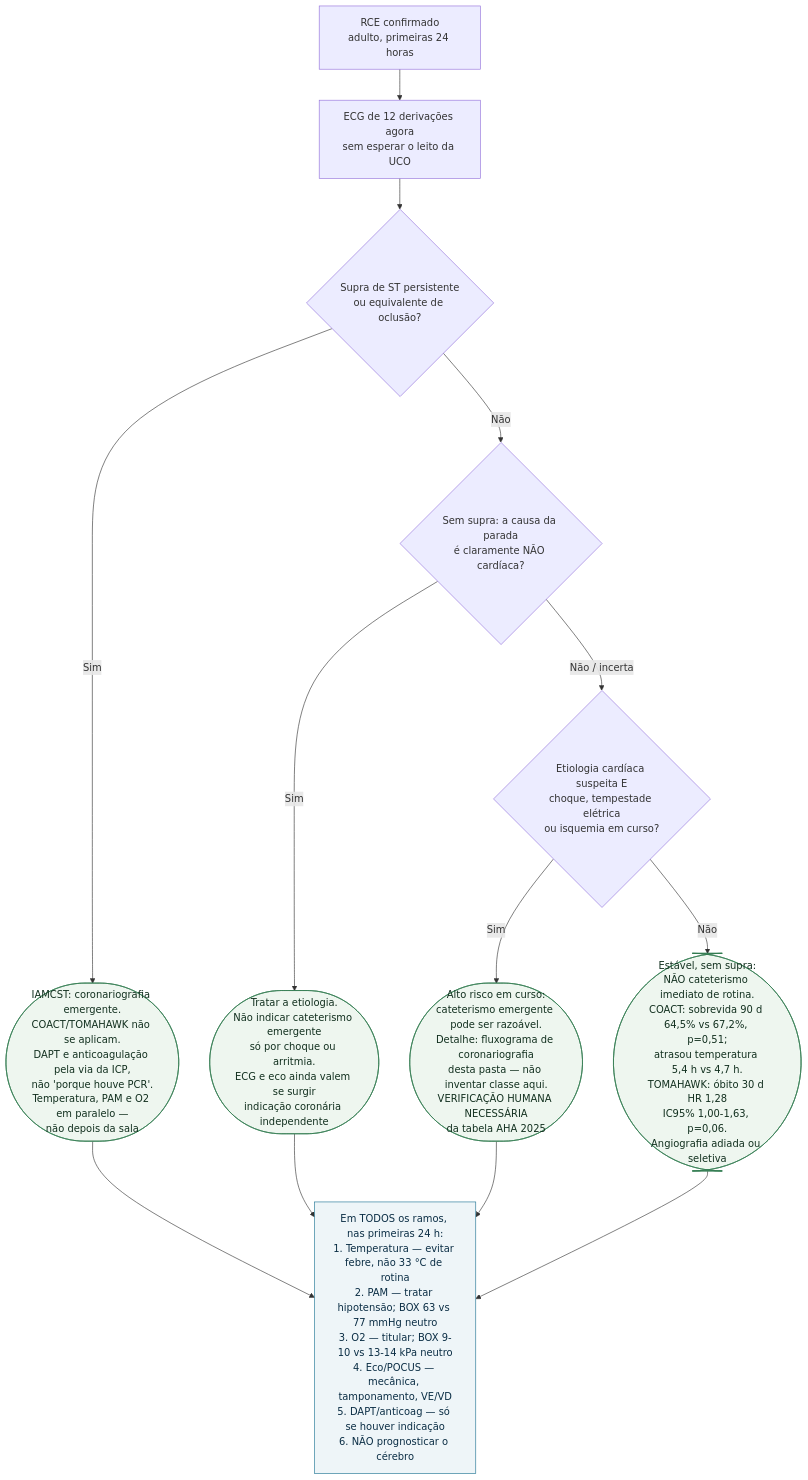
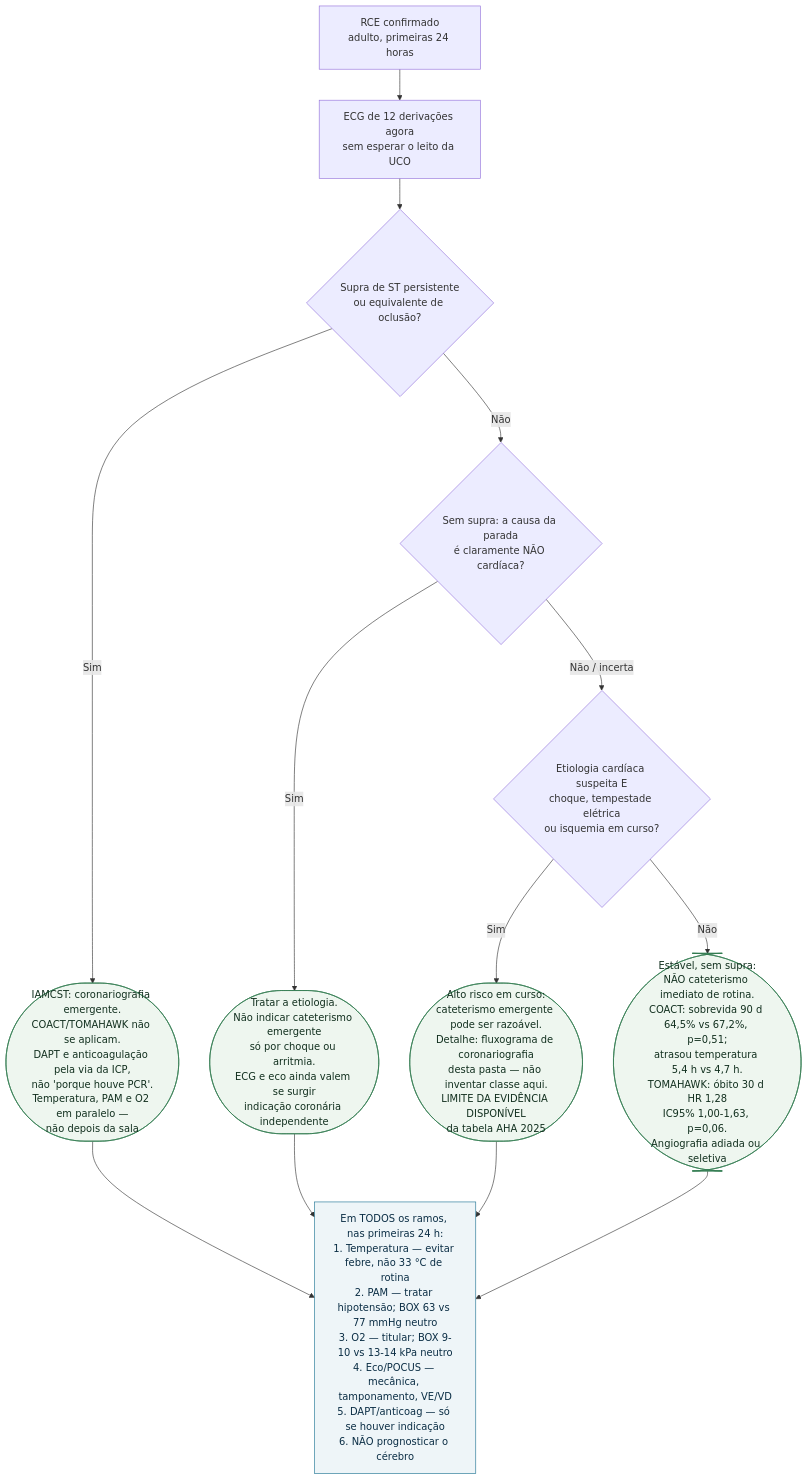
Before and after one commit to rafaelpaesmeirelles/MeuCardio: the first of 2 diagrams in content/Terapia_intensiva/fluxograma-pos-rosc-ecg-temperatura-pa-e-cateterismo.md, drawn with Mermaid. The commit also changed other lines of this file and 423 other files, not shown here.

````diff
--- a/content/Terapia_intensiva/fluxograma-pos-rosc-ecg-temperatura-pa-e-cateterismo.md
+++ b/content/Terapia_intensiva/fluxograma-pos-rosc-ecg-temperatura-pa-e-cateterismo.md
@@ -30,35 +30,35 @@
 ```mermaid
 flowchart TD
   R0["RCE confirmado<br/>adulto, primeiras 24 horas"]
   P1["ECG de 12 derivações agora<br/>sem esperar o leito da UCO"]
   D1{"Supra de ST persistente<br/>ou equivalente de oclusão?"}
 
   C_stemi(["IAMCST: coronariografia emergente.<br/>COACT/TOMAHAWK não se aplicam.<br/>DAPT e anticoagulação pela via da ICP,<br/>não 'porque houve PCR'.<br/>Temperatura, PAM e O2 em paralelo —<br/>não depois da sala"])
 
   D2{"Sem supra: a causa da parada<br/>é claramente NÃO cardíaca?"}
   C_nao(["Tratar a etiologia.<br/>Não indicar cateterismo emergente<br/>só por choque ou arritmia.<br/>ECG e eco ainda valem se surgir<br/>indicação coronária independente"])
 
   D3{"Etiologia cardíaca suspeita E<br/>choque, tempestade elétrica<br/>ou isquemia em curso?"}
-  C_alto(["Alto risco em curso:<br/>cateterismo emergente pode ser razoável.<br/>Detalhe: fluxograma de coronariografia<br/>desta pasta — não inventar classe aqui.<br/>VERIFICAÇÃO HUMANA NECESSÁRIA<br/>da tabela AHA 2025"])
+  C_alto(["Alto risco em curso:<br/>cateterismo emergente pode ser razoável.<br/>Detalhe: fluxograma de coronariografia<br/>desta pasta — não inventar classe aqui.<br/>LIMITE DA EVIDÊNCIA DISPONÍVEL<br/>da tabela AHA 2025"])
 
   C_estavel(["Estável, sem supra:<br/>NÃO cateterismo imediato de rotina.<br/>COACT: sobrevida 90 d 64,5% vs 67,2%, p=0,51;<br/>atrasou temperatura 5,4 h vs 4,7 h.<br/>TOMAHAWK: óbito 30 d HR 1,28<br/>IC95% 1,00-1,63, p=0,06.<br/>Angiografia adiada ou seletiva"])
 
   P2["Em TODOS os ramos, nas primeiras 24 h:<br/>1. Temperatura — evitar febre, não 33 °C de rotina<br/>2. PAM — tratar hipotensão; BOX 63 vs 77 mmHg neutro<br/>3. O2 — titular; BOX 9-10 vs 13-14 kPa neutro<br/>4. Eco/POCUS — mecânica, tamponamento, VE/VD<br/>5. DAPT/anticoag — só se houver indicação<br/>6. NÃO prognosticar o cérebro"]
 
   R0 --> P1 --> D1
   D1 -->|"Sim"| C_stemi
   D1 -->|"Não"| D2
   D2 -->|"Sim"| C_nao
   D2 -->|"Não / incerta"| D3
   D3 -->|"Sim"| C_alto
   D3 -->|"Não"| C_estavel
   C_stemi --> P2
   C_nao --> P2
   C_alto --> P2
   C_estavel --> P2
 
   classDef conduta fill:#eef6ef,stroke:#2f7a4f,color:#12301f;
   classDef paralelo fill:#eef5f8,stroke:#1c7293,color:#0b2e45;
   class C_stemi,C_alto,C_estavel,C_nao conduta;
   class P2 paralelo;
 ```
````
